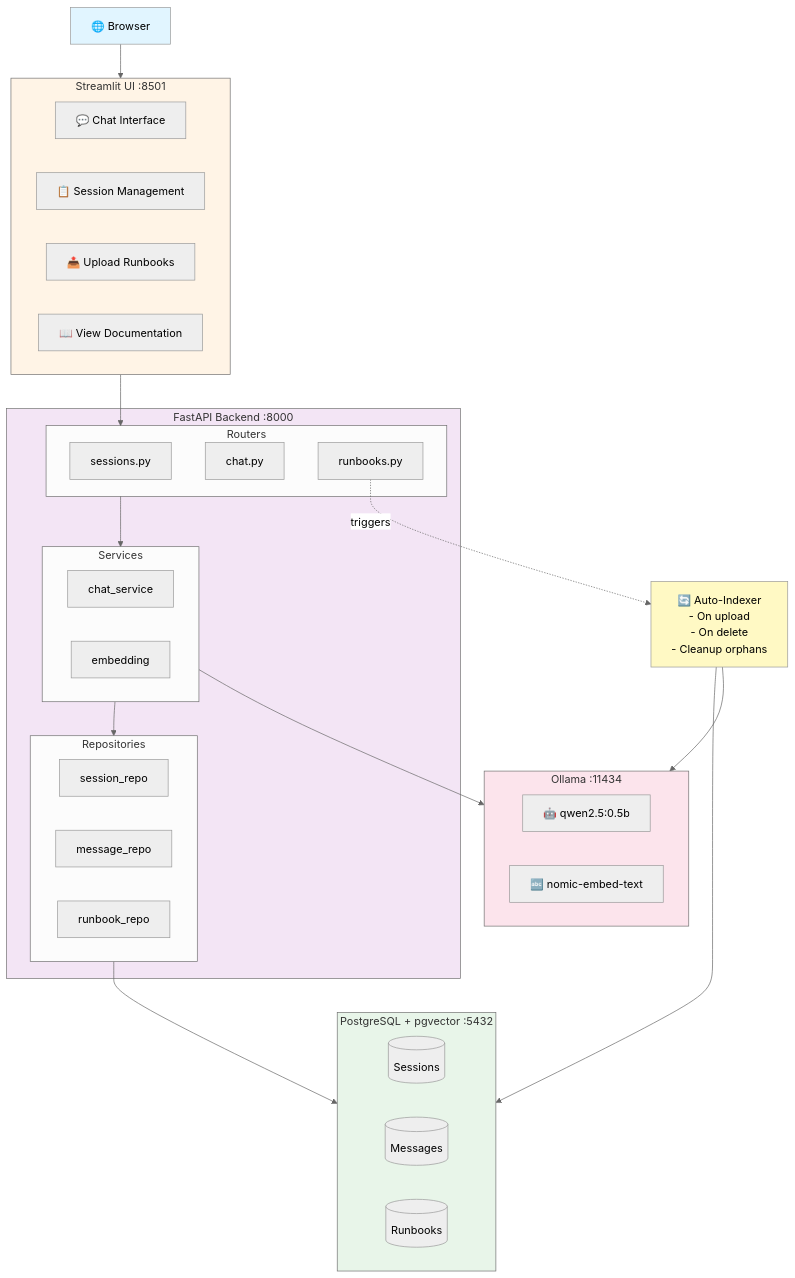
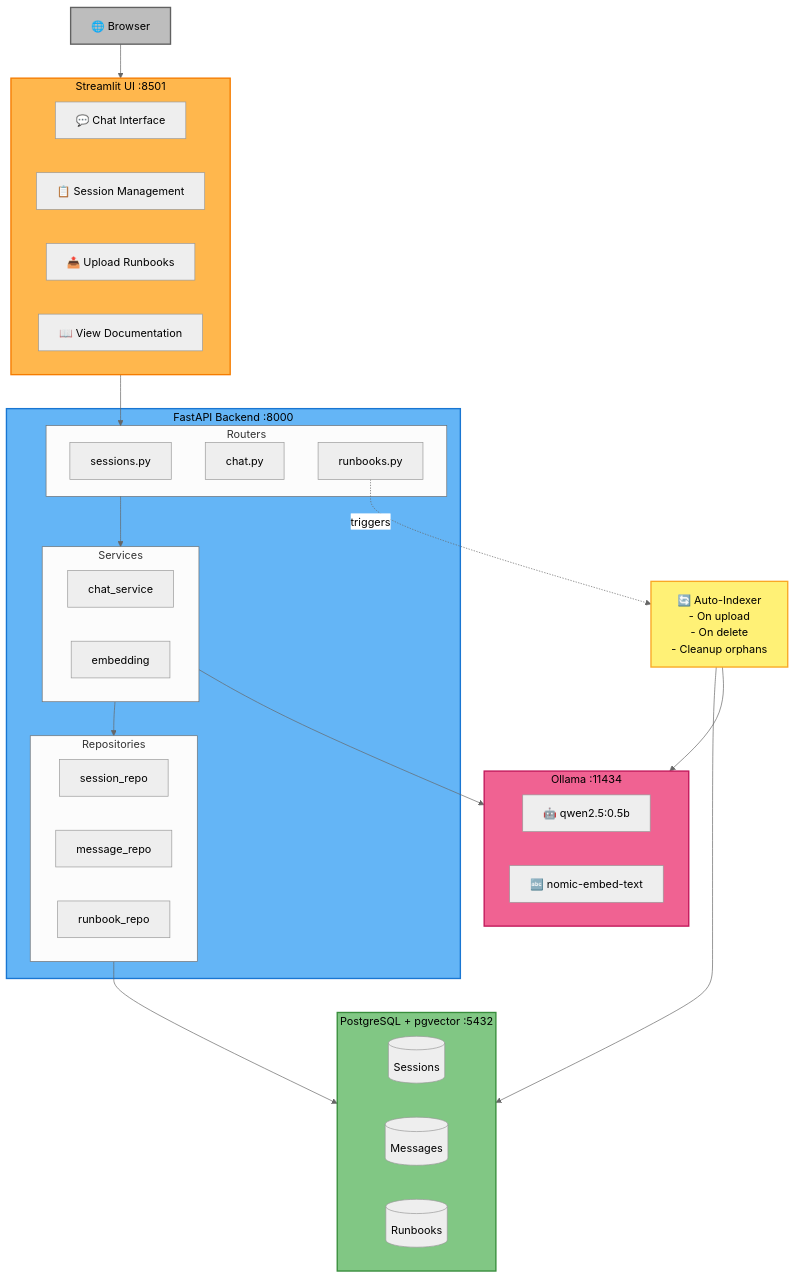
Before and after one commit to YonathanGuez/DocLocalAI: the diagram in README.md, drawn with Mermaid (neutral theme).

Commit message:
change color architectrue

````diff
--- a/README.md
+++ b/README.md
@@ -131,60 +131,60 @@
 ```mermaid
 graph TB
     Browser[🌐 Browser]
     
     subgraph UI["Streamlit UI :8501"]
         Chat[💬 Chat Interface]
         Sessions[📋 Session Management]
         Upload[📤 Upload Runbooks]
         ViewDocs[📖 View Documentation]
     end
     
     subgraph Backend["FastAPI Backend :8000"]
         subgraph Routers
             SessionRouter[sessions.py]
             ChatRouter[chat.py]
             RunbookRouter[runbooks.py]
         end
         
         subgraph Services
             ChatService[chat_service]
             EmbeddingService[embedding]
         end
         
         subgraph Repositories
             SessionRepo[session_repo]
             MessageRepo[message_repo]
             RunbookRepo[runbook_repo]
         end
     end
     
     subgraph Database["PostgreSQL + pgvector :5432"]
         Sessions_DB[(Sessions)]
         Messages_DB[(Messages)]
         Runbooks_DB[(Runbooks)]
     end
     
     subgraph LLM["Ollama :11434"]
         Model[🤖 qwen2.5:0.5b]
         Embeddings[🔤 nomic-embed-text]
     end
     
     Indexer[🔄 Auto-Indexer<br/>- On upload<br/>- On delete<br/>- Cleanup orphans]
     
     Browser --> UI
     UI --> Routers
     Routers --> Services
     Services --> Repositories
     Repositories --> Database
     Services --> LLM
     RunbookRouter -.->|triggers| Indexer
     Indexer --> Database
     Indexer --> LLM
     
-    style Browser fill:#e1f5ff
-    style UI fill:#fff4e6
-    style Backend fill:#f3e5f5
-    style Database fill:#e8f5e9
-    style LLM fill:#fce4ec
-    style Indexer fill:#fff9c4
+    style Browser fill:#bdbdbd,stroke:#616161,stroke-width:2px,color:#000
+    style UI fill:#ffb74d,stroke:#f57c00,stroke-width:2px,color:#000
+    style Backend fill:#64b5f6,stroke:#1976d2,stroke-width:2px,color:#000
+    style Database fill:#81c784,stroke:#388e3c,stroke-width:2px,color:#000
+    style LLM fill:#f06292,stroke:#c2185b,stroke-width:2px,color:#000
+    style Indexer fill:#fff176,stroke:#f9a825,stroke-width:2px,color:#000
 ```
````
